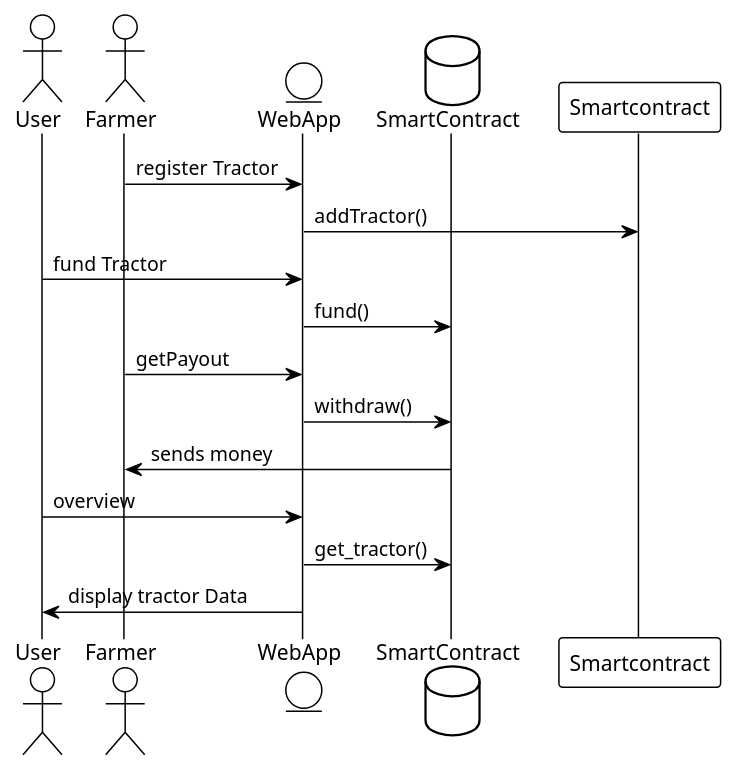
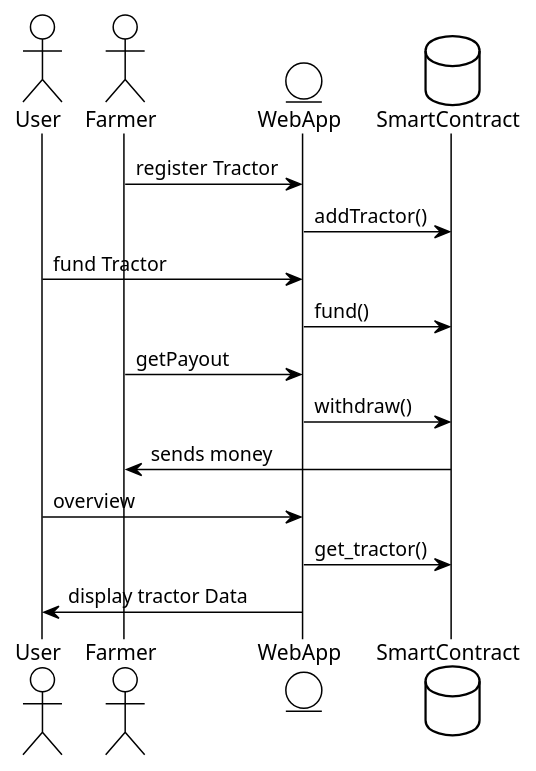
The third of 3 diagrams in practice/03/03-Ideas.md (FrankBevr/100-Ideas), drawn with PlantUML before and after one commit. The commit also changed other lines of this file and 1 other file, not shown here.

````diff
--- a/practice/03/03-Ideas.md
+++ b/practice/03/03-Ideas.md
@@ -183,22 +196,22 @@
 ```plantuml
 !theme plain
 
 actor User
 actor Farmer
 entity WebApp
 database SmartContract
 
 Farmer -> WebApp: register Tractor
-WebApp -> Smartcontract: addTractor()
+WebApp -> SmartContract: addTractor()
 
 User -> WebApp: fund Tractor
 WebApp -> SmartContract: fund()
 
 Farmer -> WebApp: getPayout
 WebApp -> SmartContract: withdraw()
 SmartContract -> Farmer: sends money
 User -> WebApp: overview
 
 WebApp -> SmartContract: get_tractor()
 WebApp -> User: display tractor Data
 ```
````
